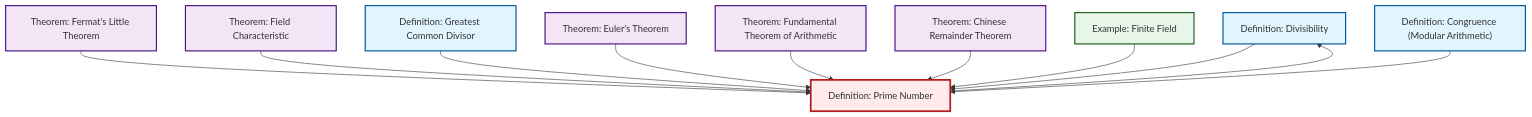
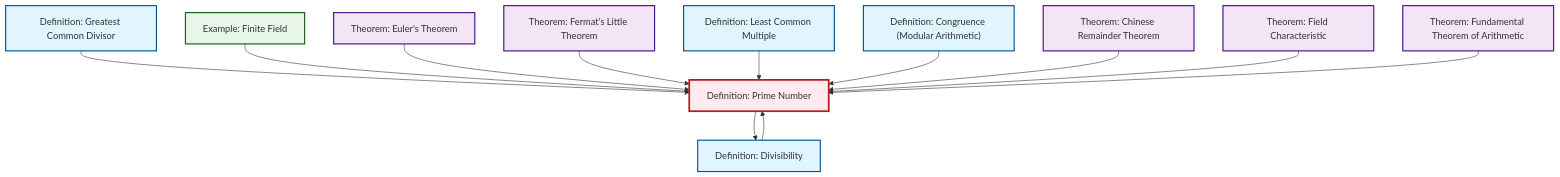
Before and after one commit to RK0429/ModernMath: the diagram in content/ja/number-theory/def-prime.qmd, drawn with Mermaid. The commit also changed other lines of this file and 634 other files, not shown here.

First line of the commit message:
feat: Add prime ideal definition with comprehensive cross-references

````diff
--- a/content/ja/number-theory/def-prime.qmd
+++ b/content/ja/number-theory/def-prime.qmd
@@ -56,39 +57,42 @@
 ```{mermaid}
 %%| fig-cap: "Local dependency graph"
 graph TD
     classDef definition fill:#e1f5fe,stroke:#01579b,stroke-width:2px
     classDef theorem fill:#f3e5f5,stroke:#4a148c,stroke-width:2px
     classDef axiom fill:#fff3e0,stroke:#e65100,stroke-width:2px
     classDef example fill:#e8f5e9,stroke:#1b5e20,stroke-width:2px
     classDef current fill:#ffebee,stroke:#b71c1c,stroke-width:3px
+    def-gcd["Definition: Greatest Common Divisor"]:::definition
+    thm-euler["Theorem: Euler's Theorem"]:::theorem
+    thm-fermat-little["Theorem: Fermat's Little Theorem"]:::theorem
+    thm-fundamental-arithmetic["Theorem: Fundamental Theorem of Arithmetic"]:::theorem
+    def-lcm["Definition: Least Common Multiple"]:::definition
+    def-congruence["Definition: Congruence (Modular Arithmetic)"]:::definition
     def-divisibility["Definition: Divisibility"]:::definition
-    def-congruence["Definition: Congruence (Modular Arithmetic)"]:::definition
-    def-gcd["Definition: Greatest Common Divisor"]:::definition
+    thm-chinese-remainder["Theorem: Chinese Remainder Theorem"]:::theorem
+    ex-finite-field["Example: Finite Field"]:::example
     def-prime["Definition: Prime Number"]:::definition
-    ex-finite-field["Example: Finite Field"]:::example
     thm-field-characteristic["Theorem: Field Characteristic"]:::theorem
-    thm-fundamental-arithmetic["Theorem: Fundamental Theorem of Arithmetic"]:::theorem
-    thm-euler["Theorem: Euler's Theorem"]:::theorem
-    thm-chinese-remainder["Theorem: Chinese Remainder Theorem"]:::theorem
-    thm-fermat-little["Theorem: Fermat's Little Theorem"]:::theorem
+    def-divisibility --> def-prime
+    def-gcd --> def-prime
+    ex-finite-field --> def-prime
+    thm-euler --> def-prime
     thm-fermat-little --> def-prime
+    def-lcm --> def-prime
+    def-congruence --> def-prime
     def-prime --> def-divisibility
+    thm-chinese-remainder --> def-prime
     thm-field-characteristic --> def-prime
-    def-gcd --> def-prime
-    thm-euler --> def-prime
     thm-fundamental-arithmetic --> def-prime
-    thm-chinese-remainder --> def-prime
-    def-divisibility --> def-prime
-    ex-finite-field --> def-prime
-    def-congruence --> def-prime
     class def-prime current
+    click def-gcd "def-gcd.html" "Definition: Greatest Common Divisorへ"
+    click thm-euler "thm-euler.html" "Theorem: Euler's Theoremへ"
+    click thm-fermat-little "thm-fermat-little.html" "Theorem: Fermat's Little Theoremへ"
+    click thm-fundamental-arithmetic "thm-fundamental-arithmetic.html" "Theorem: Fundamental Theorem of Arithmeticへ"
+    click def-lcm "def-lcm.html" "Definition: Least Common Multipleへ"
+    click def-congruence "def-congruence.html" "Definition: Congruence (Modular Arithmetic)へ"
     click def-divisibility "def-divisibility.html" "Definition: Divisibilityへ"
-    click def-congruence "def-congruence.html" "Definition: Congruence (Modular Arithmetic)へ"
-    click def-gcd "def-gcd.html" "Definition: Greatest Common Divisorへ"
+    click thm-chinese-remainder "thm-chinese-remainder.html" "Theorem: Chinese Remainder Theoremへ"
     click ex-finite-field "ex-finite-field.html" "Example: Finite Fieldへ"
     click thm-field-characteristic "thm-field-characteristic.html" "Theorem: Field Characteristicへ"
-    click thm-fundamental-arithmetic "thm-fundamental-arithmetic.html" "Theorem: Fundamental Theorem of Arithmeticへ"
-    click thm-euler "thm-euler.html" "Theorem: Euler's Theoremへ"
-    click thm-chinese-remainder "thm-chinese-remainder.html" "Theorem: Chinese Remainder Theoremへ"
-    click thm-fermat-little "thm-fermat-little.html" "Theorem: Fermat's Little Theoremへ"
 ```
````
